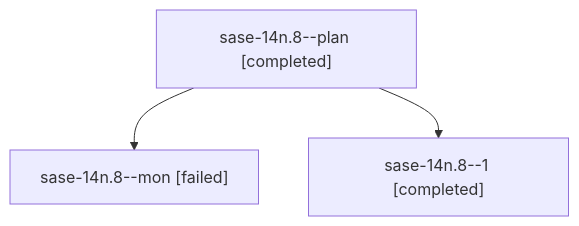
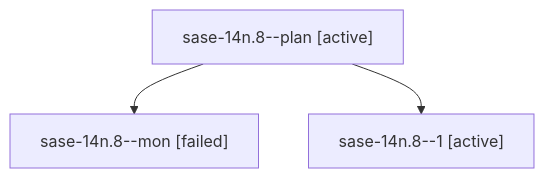
One commit to sase-org/sase--agents changed the diagram in families/bbugyi200.athena.sase-14n.8.md. Above: the diagram before and after it, drawn with Mermaid. The commit also changed other lines of this file and 35830 other files, not shown here.

````diff
--- a/families/bbugyi200.athena.sase-14n.8.md
+++ b/families/bbugyi200.athena.sase-14n.8.md
@@ -9,8 +9,8 @@
 ```mermaid
 flowchart TD
-  n0["sase-14n.8--plan [completed]"]
+  n0["sase-14n.8--plan [active]"]
   n1["sase-14n.8--mon [failed]"]
   n0 --> n1
-  n2["sase-14n.8--1 [completed]"]
+  n2["sase-14n.8--1 [active]"]
   n0 --> n2
 ```
````
